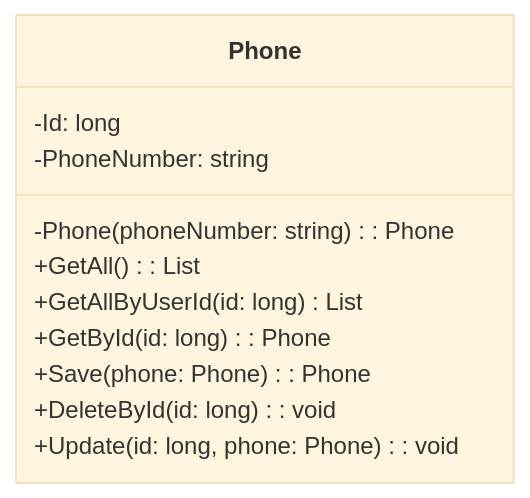
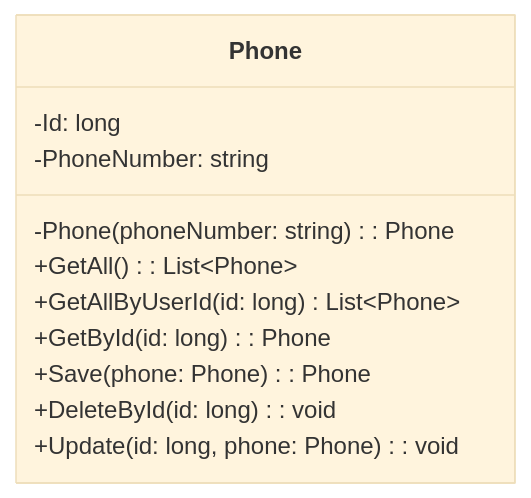
The sixth of 17 diagrams in Classes.md (AndreLucas0/diagrama-de-classes-projeto-integrador), drawn with Mermaid (base theme) before and after one commit. The commit also changed other lines of this file, not shown here.

````diff
--- a/Classes.md
+++ b/Classes.md
@@ -68,14 +68,14 @@
 ```mermaid
 classDiagram
     class Phone {
         -Id: long
         -PhoneNumber: string
         -Phone (phoneNumber: string): Phone
-        +GetAll (): List<Phone>
-        +GetAllByUserId (id: long) List<Phone>
+        +GetAll (): List&lt;Phone&gt;
+        +GetAllByUserId (id: long) List&lt;Phone&gt;
         +GetById (id: long): Phone
         +Save (phone: Phone): Phone
         +DeleteById (id: long): void
         +Update (id: long, phone: Phone): void
     }
 ```
````
